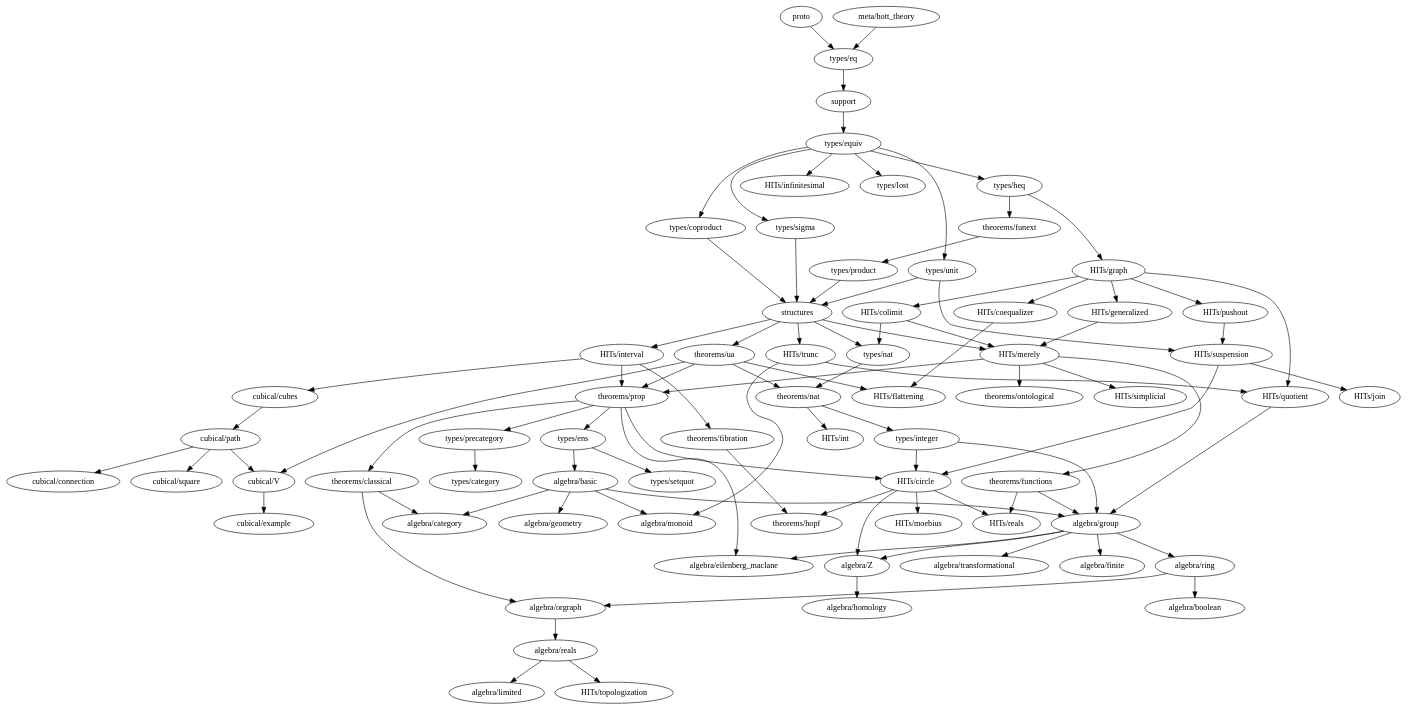
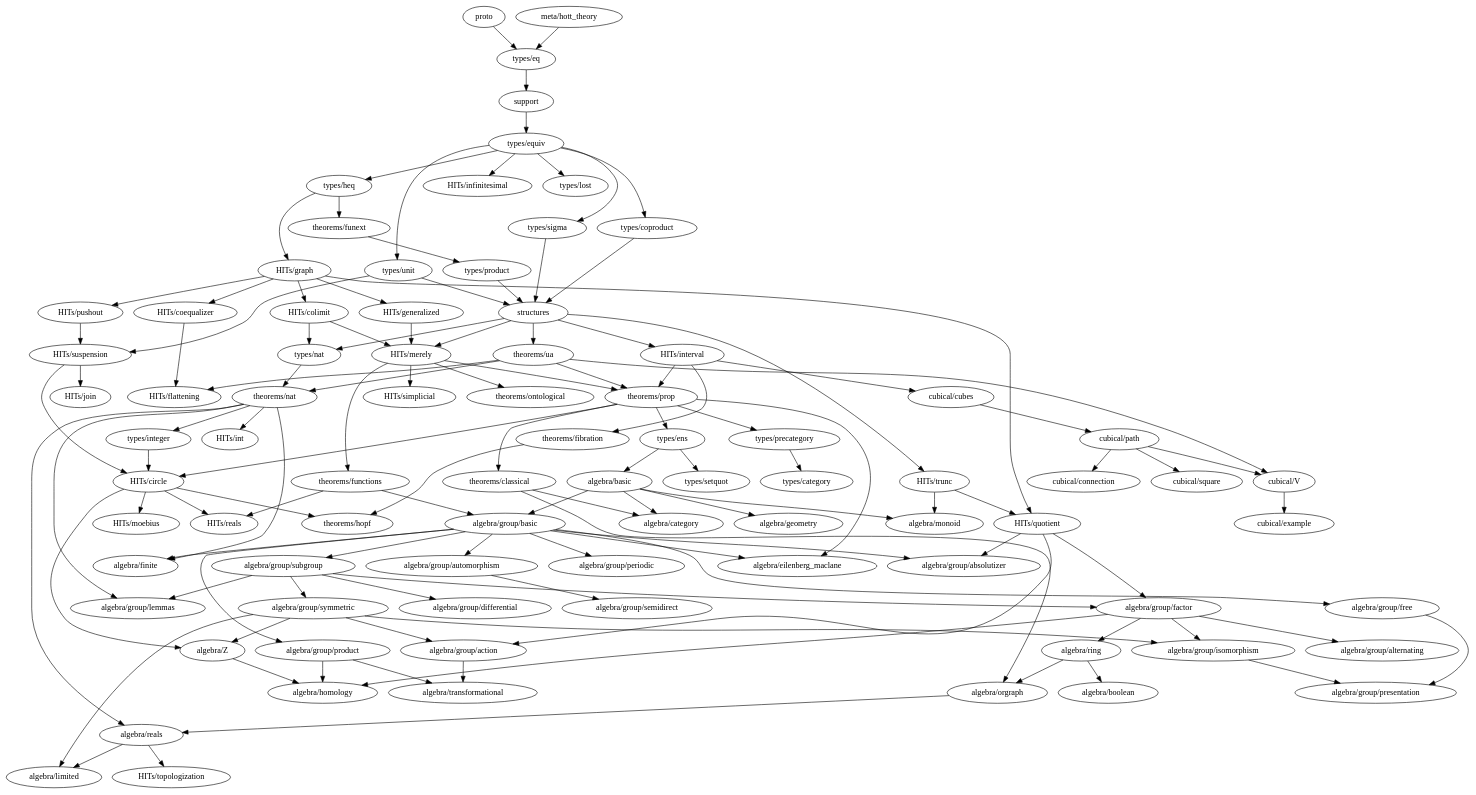
Before and after one commit to forked-from-1kasper/ground_zero: the diagram in dependency-map.gv, drawn with Graphviz. The commit also changed 29 other files, not shown here.

```diff
--- a/dependency-map.gv
+++ b/dependency-map.gv
@@ -1,144 +1,192 @@
 digraph dependency_map {
   proto -> "types/eq"
   "meta/hott_theory" -> "types/eq"
   support -> "types/equiv"
   structures -> {
     "HITs/interval",
     "HITs/merely",
     "HITs/trunc",
     "types/nat",
     "theorems/ua"
   }
 
   subgraph algebra {
-    "algebra/basic" -> { "algebra/category", "algebra/monoid", "algebra/geometry", "algebra/group" }
+    "algebra/basic" -> {
+      "algebra/category",
+      "algebra/monoid",
+      "algebra/geometry",
+      "algebra/group/basic"
+    }
     "algebra/boolean"
     "algebra/category"
     "algebra/eilenberg_maclane"
     "algebra/finite"
     "algebra/geometry"
-    "algebra/group" -> {
-      "algebra/eilenberg_maclane",
-      "algebra/finite",
-      "algebra/ring",
-      "algebra/transformational",
-      "algebra/Z"
-    }
     "algebra/homology"
     "algebra/limited"
     "algebra/monoid"
     "algebra/orgraph" -> { "algebra/reals" }
     "algebra/reals" -> { "algebra/limited", "HITs/topologization" }
     "algebra/ring" -> { "algebra/boolean", "algebra/orgraph" }
     "algebra/transformational"
     "algebra/Z" -> { "algebra/homology" }
+  }
+
+  subgraph "algebra/group" {
+    "algebra/group/absolutizer"
+    "algebra/group/action" -> "algebra/transformational"
+    "algebra/group/alternating"
+    "algebra/group/automorphism" -> "algebra/group/semidirect"
+    "algebra/group/basic" -> {
+      "algebra/eilenberg_maclane",
+      "algebra/finite",
+      "algebra/group/absolutizer",
+      "algebra/group/automorphism",
+      "algebra/group/free",
+      "algebra/group/periodic",
+      "algebra/group/product",
+      "algebra/group/subgroup"
+    }
+    "algebra/group/differential"
+    "algebra/group/factor" -> {
+      "algebra/homology",
+      "algebra/ring",
+      "algebra/group/alternating",
+      "algebra/group/isomorphism"
+    }
+    "algebra/group/free" -> "algebra/group/presentation"
+    "algebra/group/isomorphism" -> "algebra/group/presentation"
+    "algebra/group/lemmas"
+    "algebra/group/periodic"
+    "algebra/group/presentation"
+    "algebra/group/product" -> { "algebra/homology", "algebra/transformational" }
+    "algebra/group/semidirect"
+    "algebra/group/subgroup" -> {
+      "algebra/group/differential",
+      "algebra/group/factor",
+      "algebra/group/lemmas",
+      "algebra/group/symmetric"
+    }
+    "algebra/group/symmetric" -> {
+      "algebra/limited",
+      "algebra/Z",
+      "algebra/group/action",
+      "algebra/group/isomorphism"
+    }
   }
 
   subgraph types {
     "types/category"
     "types/coproduct" -> { structures }
     "types/eq" -> { support }
     "types/ens" -> { "algebra/basic", "types/setquot" }
     "types/equiv" -> {
       "types/heq",
       "HITs/infinitesimal",
       "types/coproduct",
       "types/lost",
       "types/unit",
       "types/sigma"
     }
     "types/heq" -> {
       "HITs/graph", "theorems/funext"
     }
-    "types/integer" -> {
-      "algebra/group",
-      "HITs/circle"
-    }
+    "types/integer" -> "HITs/circle"
     "types/lost"
     "types/nat" -> { "theorems/nat" }
     "types/precategory" -> { "types/category" }
     "types/product" -> { structures }
     "types/setquot"
     "types/sigma" -> { structures }
     "types/unit" -> { structures, "HITs/suspension" }
   }
 
   subgraph HITs {
     "HITs/circle" -> {
       "algebra/Z",
       "theorems/hopf",
       "HITs/moebius",
       "HITs/reals"
     }
     "HITs/coequalizer" -> { "HITs/flattening" }
     "HITs/colimit" -> { "HITs/merely", "types/nat" }
     "HITs/flattening"
     "HITs/generalized" -> "HITs/merely"
     "HITs/graph" -> {
       "HITs/coequalizer",
       "HITs/colimit",
       "HITs/generalized",
       "HITs/pushout",
       "HITs/quotient"
     }
     "HITs/infinitesimal"
     "HITs/interval" -> {
       "cubical/cubes",
       "theorems/prop",
       "theorems/fibration"
     }
     "HITs/join"
     "HITs/merely" -> {
       "theorems/ontological",
       "theorems/prop",
       "HITs/simplicial",
       "theorems/functions"
     }
     "HITs/moebius"
     "HITs/pushout" -> {
       "HITs/suspension"
     }
-    "HITs/quotient" -> { "algebra/group" }
+    "HITs/quotient" -> {
+      "algebra/group/absolutizer",
+      "algebra/group/action",
+      "algebra/group/factor"
+    }
     "HITs/reals"
     "HITs/simplicial"
     "HITs/suspension" -> { "HITs/circle", "HITs/join" }
     "HITs/topologization"
     "HITs/trunc" -> { "algebra/monoid", "HITs/quotient" }
   }
 
   subgraph cubical {
     "cubical/connection"
     "cubical/cubes" -> "cubical/path"
     "cubical/example"
     "cubical/path" -> {
       "cubical/square",
       "cubical/V",
       "cubical/connection"
     }
     "cubical/square"
     "cubical/V" -> { "cubical/example" }
   }
 
   subgraph theorems {
     "theorems/classical" -> { "algebra/category", "algebra/orgraph" }
     "theorems/fibration" -> { "theorems/hopf" }
-    "theorems/functions" -> { "HITs/reals", "algebra/group" }
+    "theorems/functions" -> { "HITs/reals", "algebra/group/basic" }
     "theorems/funext" -> { "types/product" }
     "theorems/hopf"
     "theorems/ontological"
-    "theorems/nat" -> { "HITs/int", "types/integer" }
+    "theorems/nat" -> {
+      "algebra/finite",
+      "algebra/reals",
+      "HITs/int",
+      "types/integer",
+      "algebra/group/lemmas"
+    }
     "theorems/prop" -> {
       "algebra/eilenberg_maclane",
       "HITs/circle",
       "types/ens",
       "types/precategory",
       "theorems/classical"
     }
     "theorems/ua" -> {
       "HITs/flattening",
       "theorems/nat",
       "theorems/prop",
       "cubical/V"
     }
   }
 }
```
